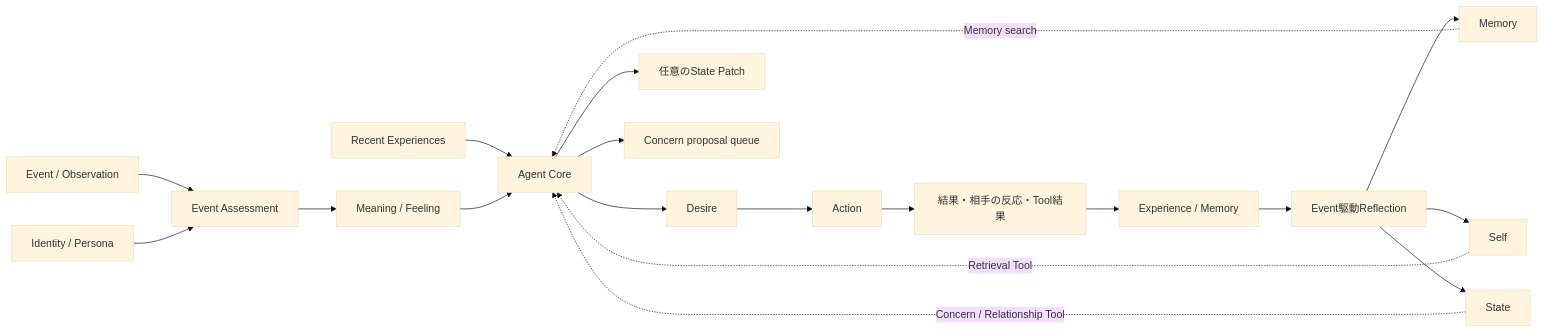
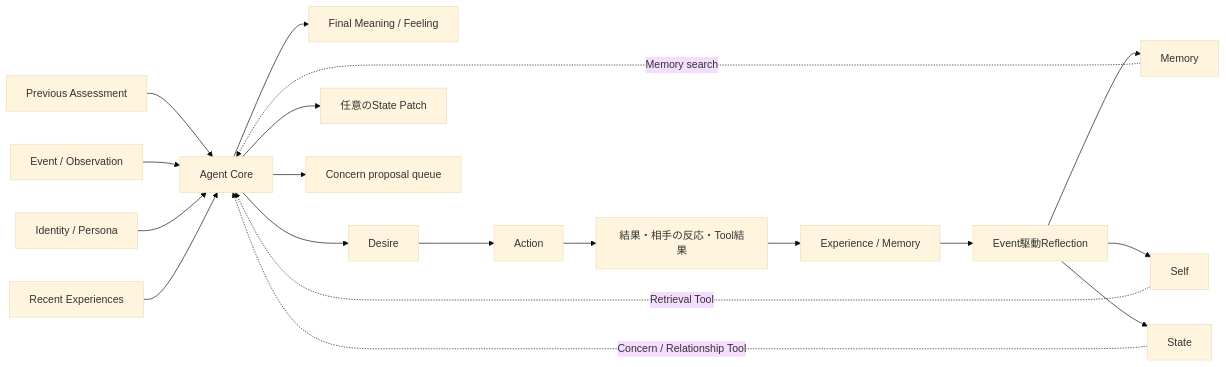
The first of 6 diagrams in docs/D3/AGENT_MOTIVATION_MODEL.md (if001/social_agent), drawn with Mermaid (base theme) before and after one commit. The commit also changed other lines of this file and 14 other files, not shown here.

Commit message:
refactor: finalize assessment in agent core

````diff
--- a/docs/D3/AGENT_MOTIVATION_MODEL.md
+++ b/docs/D3/AGENT_MOTIVATION_MODEL.md
@@ -7,21 +7,21 @@
 ```mermaid
 flowchart LR
-    E[Event / Observation] --> A[Event Assessment]
-    ID[Identity / Persona] --> A
+    PA[Previous Assessment] --> C
+    E[Event / Observation] --> C
+    ID[Identity / Persona] --> C
     RX[Recent Experiences] --> C
-    A --> MF[Meaning / Feeling]
-    MF --> C[Agent Core]
+    C[Agent Core] --> MF[Final Meaning / Feeling]
     S[Self] -. Retrieval Tool .-> C
     ST[State] -. Concern / Relationship Tool .-> C
     M[Memory] -. Memory search .-> C
     C --> D[Desire]
     D --> X[Action]
     C --> P[任意のState Patch]
     C --> Q[Concern proposal queue]
     X --> R[結果・相手の反応・Tool結果]
     R --> EX[Experience / Memory]
     EX --> RF[Event駆動Reflection]
     RF --> M
     RF --> S
     RF --> ST
 ```
````
